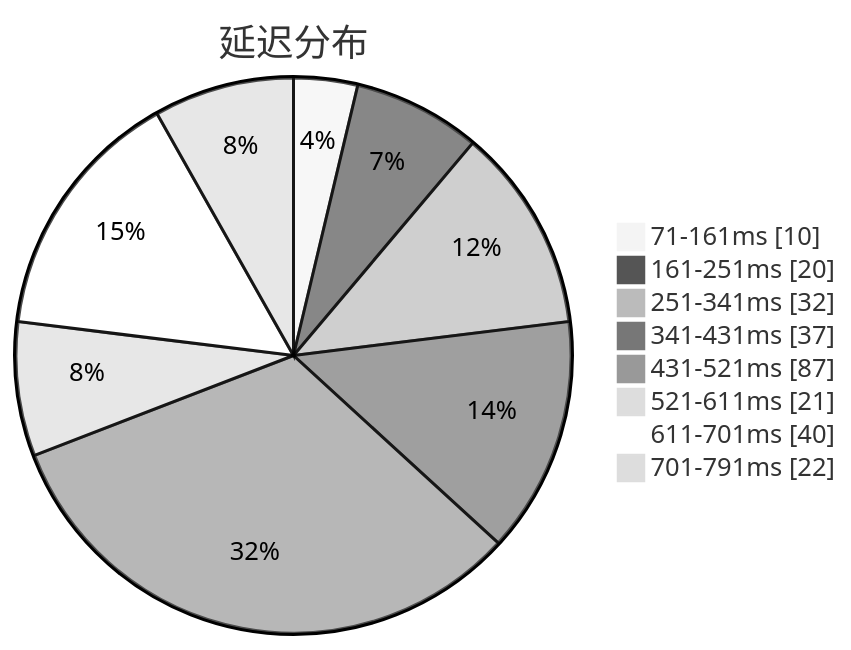
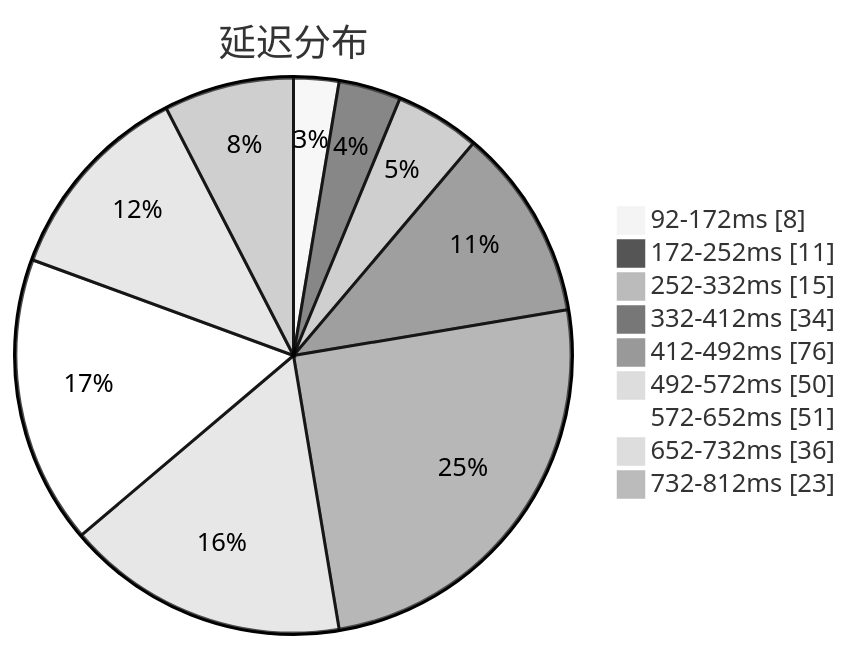
One commit to sinspired/airport changed the first of 3 diagrams in subs/statistics/tested_within.md. Above: the diagram before and after it, drawn with Mermaid (neutral theme). The commit also changed other lines of this file and 2 other files, not shown here.

````diff
--- a/subs/statistics/tested_within.md
+++ b/subs/statistics/tested_within.md
@@ -2,12 +2,13 @@
 ```mermaid
 pie showData
 title 延迟分布
-"71-161ms" : 10
-"161-251ms" : 20
-"251-341ms" : 32
-"341-431ms" : 37
-"431-521ms" : 87
-"521-611ms" : 21
-"611-701ms" : 40
-"701-791ms" : 22
+"92-172ms" : 8
+"172-252ms" : 11
+"252-332ms" : 15
+"332-412ms" : 34
+"412-492ms" : 76
+"492-572ms" : 50
+"572-652ms" : 51
+"652-732ms" : 36
+"732-812ms" : 23
 ```
````
